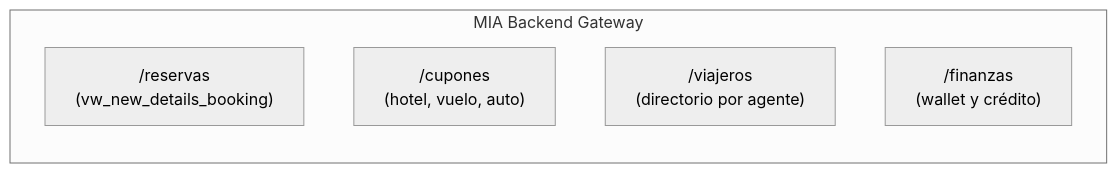
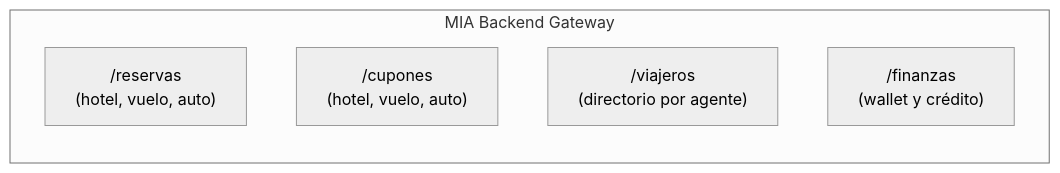
The second of 2 diagrams in README.md (luiscastaneda-tos/pruebas_mcp), drawn with Mermaid (neutral theme) before and after one commit. The commit also changed other lines of this file and 48 other files, not shown here.

````diff
--- a/README.md
+++ b/README.md
@@ -57,9 +62,9 @@
 ```mermaid
 graph LR
     subgraph "MIA Backend Gateway"
-        M1["/reservas<br/>(vw_new_details_booking)"]
+        M1["/reservas<br/>(hotel, vuelo, auto)"]
         M2["/cupones<br/>(hotel, vuelo, auto)"]
         M3["/viajeros<br/>(directorio por agente)"]
         M4["/finanzas<br/>(wallet y crédito)"]
     end
 ```
````
